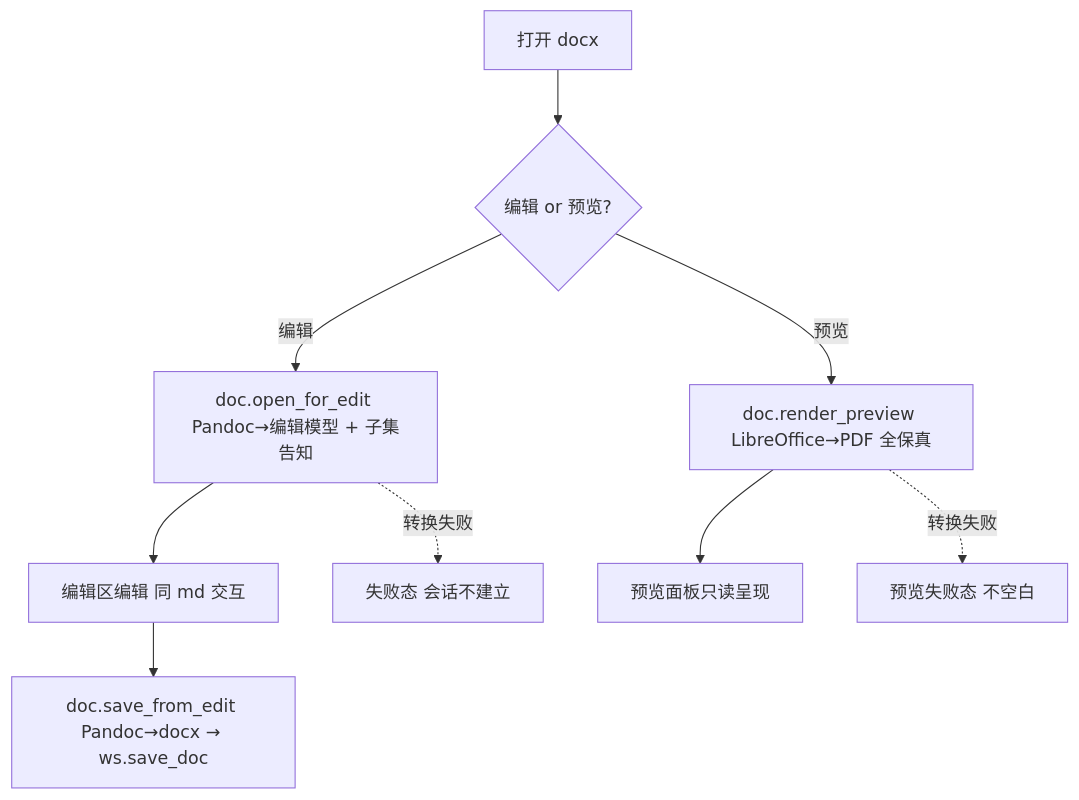
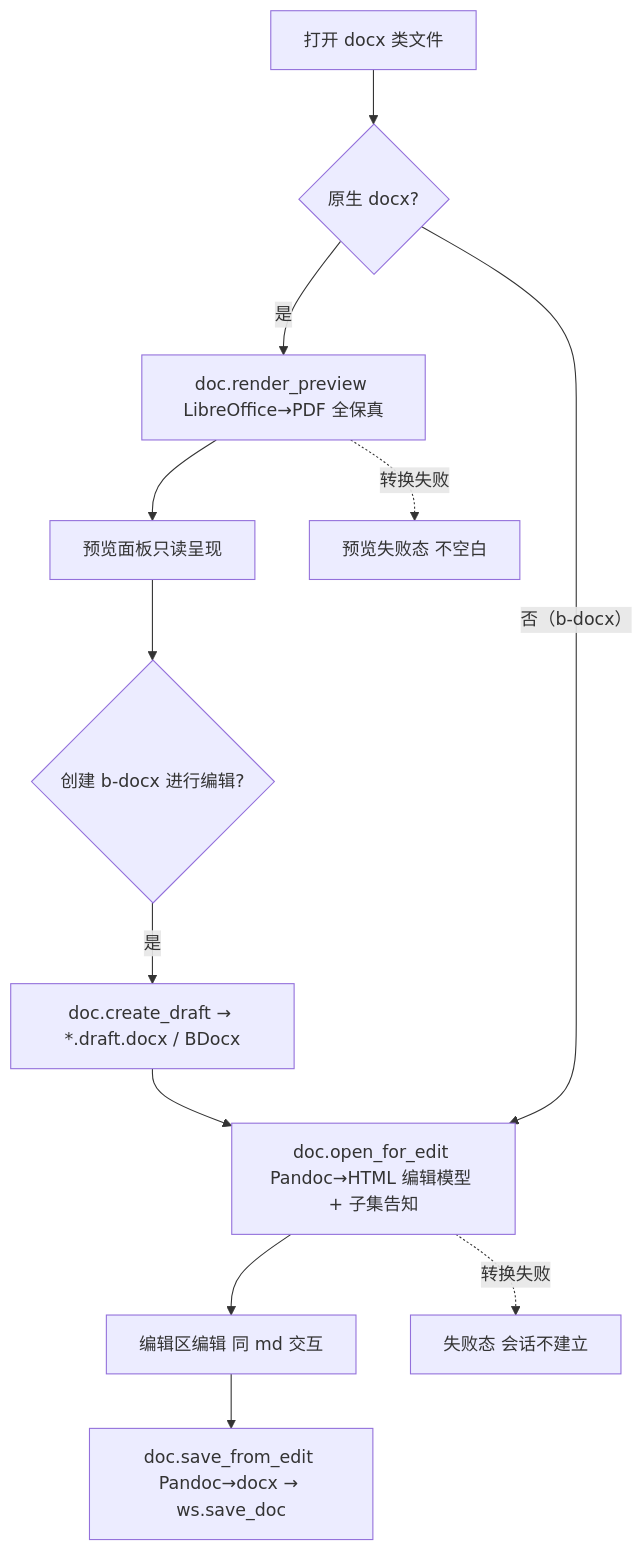
One commit to adu-chen/binder-desktop changed the fourth of 10 diagrams in docs/01_modules/SYS/A-SYS-C-T-02_前端交互架构与流程总图.md. Above: the diagram before and after it, drawn with Mermaid. The commit also changed other lines of this file and 142 other files, not shown here.

````diff
--- a/docs/01_modules/SYS/A-SYS-C-T-02_前端交互架构与流程总图.md
+++ b/docs/01_modules/SYS/A-SYS-C-T-02_前端交互架构与流程总图.md
@@ -171,11 +191,14 @@
 ```mermaid
 flowchart TD
-  OP[打开 docx] --> MD{编辑 or 预览?}
-  MD -- 编辑 --> CE[doc.open_for_edit Pandoc→编辑模型 + 子集告知]
+  OP[打开 docx 类文件] --> KIND{原生 docx?}
+  KIND -- 是 --> CV[doc.render_preview LibreOffice→PDF 全保真]
+  CV --> PV[预览面板只读呈现]
+  PV --> MK{创建 b-docx 进行编辑?}
+  MK -- 是 --> DR[doc.create_draft → *.draft.docx / BDocx]
+  DR --> CE[doc.open_for_edit Pandoc→HTML 编辑模型 + 子集告知]
+  KIND -- 否（b-docx） --> CE
   CE --> ED2[编辑区编辑 同 md 交互]
   ED2 --> SVD[doc.save_from_edit Pandoc→docx → ws.save_doc]
-  MD -- 预览 --> CV[doc.render_preview LibreOffice→PDF 全保真]
-  CV --> PV[预览面板只读呈现]
   CE -. 转换失败 .-> ER[失败态 会话不建立]
   CV -. 转换失败 .-> ER2[预览失败态 不空白]
 ```
````
